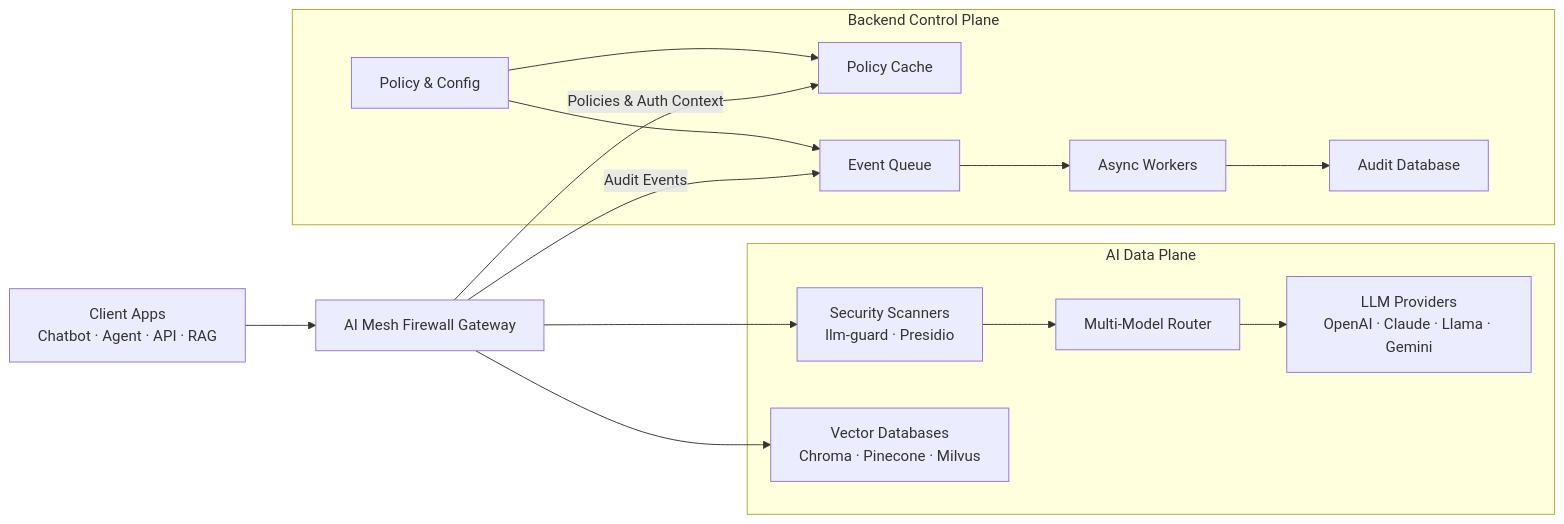
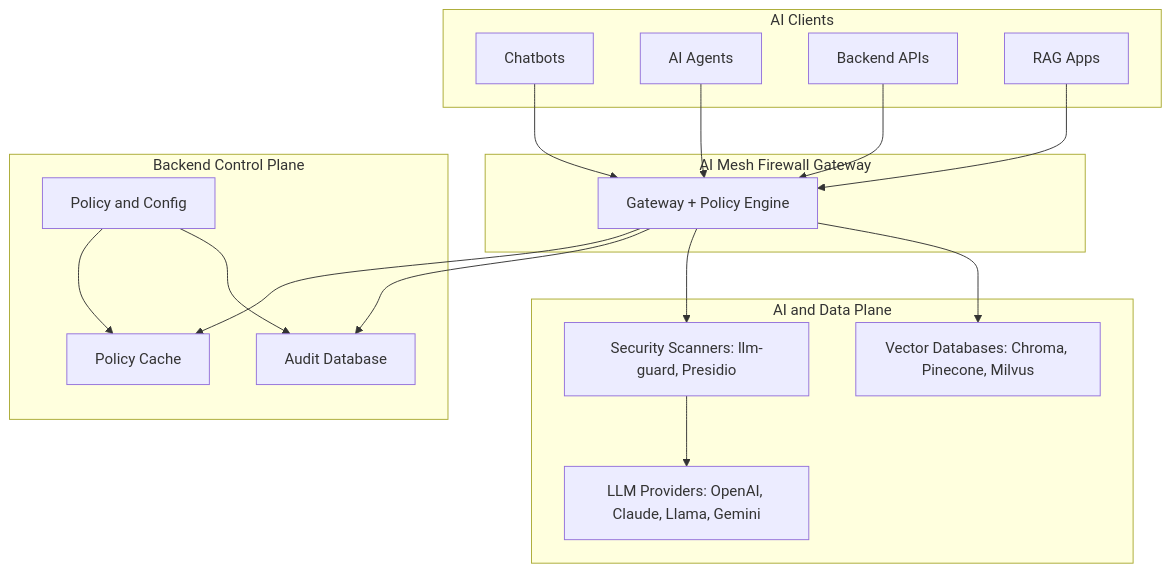
The first of 7 diagrams in README.md (vartulzeroshieldai/AIMeshFirewall), drawn with Mermaid before and after one commit. The commit also changed other lines of this file, not shown here.

````diff
--- a/README.md
+++ b/README.md
@@ -91,31 +80,38 @@
 ```mermaid
-flowchart LR
-    client["Client Apps<br/>Chatbot · Agent · API · RAG"] --> gateway["AI Mesh Firewall Gateway"]
-
-    subgraph controlPlane["Backend Control Plane"]
-        django["Policy & Config"]
-        redis["Policy Cache"]
-        rabbit["Event Queue"]
-        celery["Async Workers"]
-        db["Audit Database"]
-        django --> redis
-        django --> rabbit
-        rabbit --> celery
-        celery --> db
+graph TB
+    subgraph Clients["AI Clients"]
+        Chatbot[Chatbots]
+        Agent[AI Agents]
+        API[Backend APIs]
+        RAG[RAG Apps]
     end
 
-    gateway -->|"Policies & Auth Context"| redis
-    gateway -->|"Audit Events"| rabbit
-
-    subgraph dataPlane["AI Data Plane"]
-        scanners["Security Scanners<br/>llm-guard · Presidio"]
-        litellm["Multi-Model Router"]
-        vectordb["Vector Databases<br/>Chroma · Pinecone · Milvus"]
-        providers["LLM Providers<br/>OpenAI · Claude · Llama · Gemini"]
+    subgraph Gateway["AI Mesh Firewall Gateway"]
+        GW[Gateway + Policy Engine]
     end
 
-    gateway --> scanners
-    scanners --> litellm
-    litellm --> providers
-    gateway --> vectordb
+    subgraph ControlPlane["Backend Control Plane"]
+        CP[Policy and Config]
+        Cache[Policy Cache]
+        AuditDB[Audit Database]
+        CP --> Cache
+        CP --> AuditDB
+    end
+
+    subgraph Downstream["AI and Data Plane"]
+        LLMs[LLM Providers: OpenAI, Claude, Llama, Gemini]
+        VectorDBs[Vector Databases: Chroma, Pinecone, Milvus]
+        Scanners[Security Scanners: llm-guard, Presidio]
+    end
+
+    Chatbot --> GW
+    Agent --> GW
+    API --> GW
+    RAG --> GW
+
+    GW --> Cache
+    GW --> AuditDB
+    GW --> Scanners
+    Scanners --> LLMs
+    GW --> VectorDBs
 ```
````
